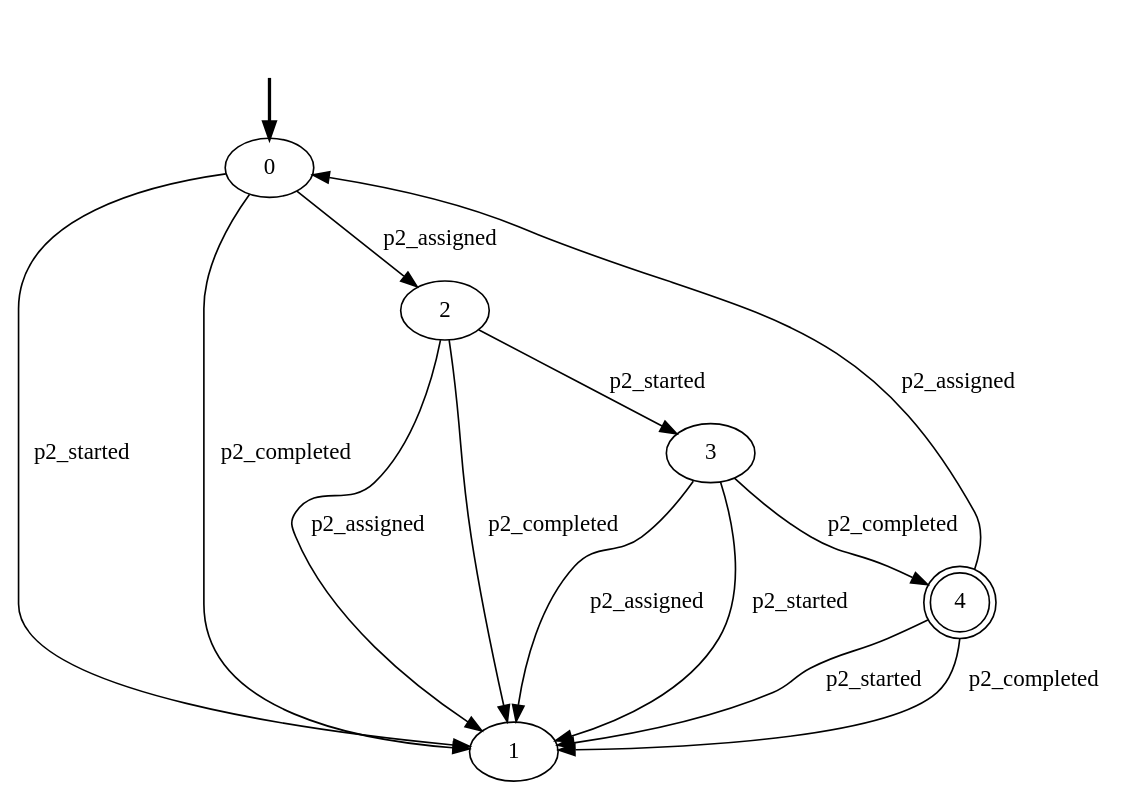
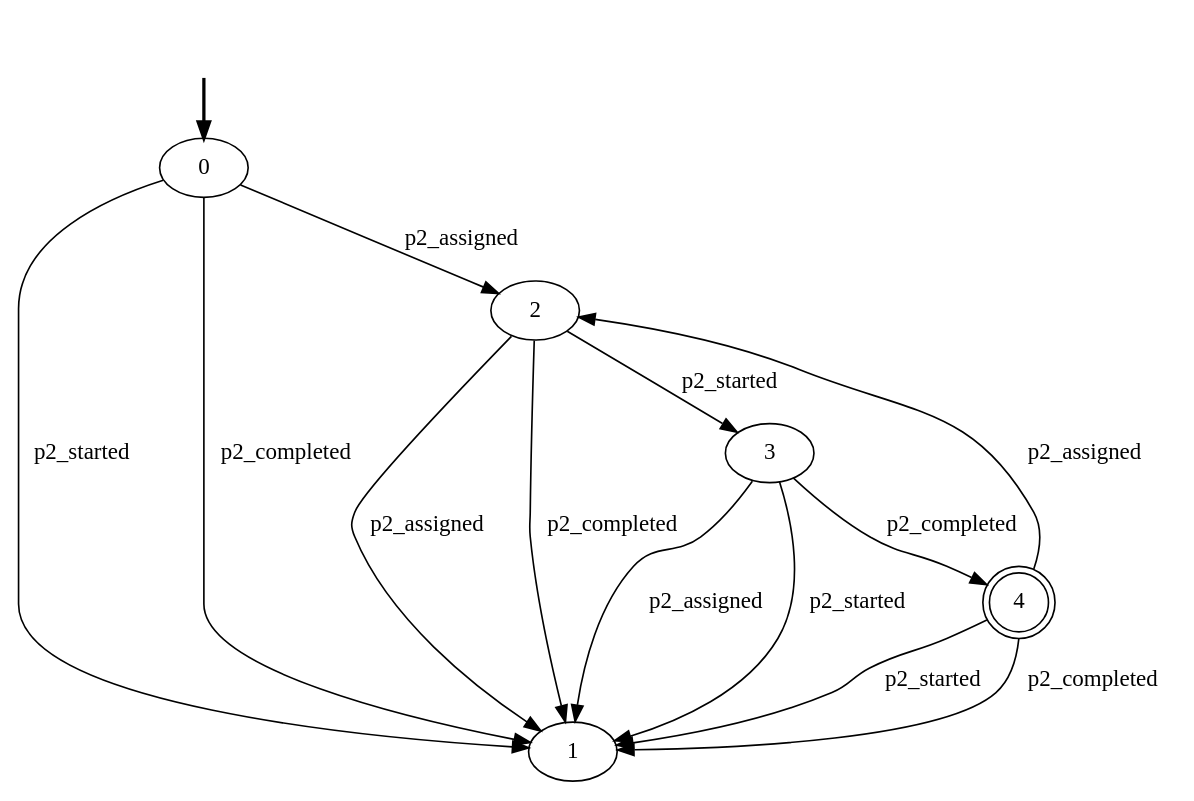
The diagram in Plan-based_Data_Aware_Declarative_Conf_Checker/resources/declarative-models/Data-Aware/5-CONSTRAINTS/p2_lifecycle.dot (GianmarcoBordin/pddlTranslator), drawn with Graphviz before and after one commit. The commit also changed 78 other files, not shown here.

```diff
--- a/Plan-based_Data_Aware_Declarative_Conf_Checker/resources/declarative-models/Data-Aware/5-CONSTRAINTS/p2_lifecycle.dot
+++ b/Plan-based_Data_Aware_Declarative_Conf_Checker/resources/declarative-models/Data-Aware/5-CONSTRAINTS/p2_lifecycle.dot
@@ -1,21 +1,21 @@
 digraph {
 		fake0 [style=invisible]
 		0 [root=true]
+		1
 		2
 		3
 		4 [shape=doublecircle]
-		1
 		fake0 -> 0 [style=bold]
-		0 -> 2 [label=p2_assigned]
+		2 -> 1 [label=p2_assigned]
 		2 -> 3 [label=p2_started]
-		3 -> 4 [label=p2_completed]
-		4 -> 0 [label=p2_assigned]
+		2 -> 1 [label=p2_completed]
 		3 -> 1 [label=p2_assigned]
 		3 -> 1 [label=p2_started]
+		3 -> 4 [label=p2_completed]
+		4 -> 2 [label=p2_assigned]
 		4 -> 1 [label=p2_started]
 		4 -> 1 [label=p2_completed]
-		2 -> 1 [label=p2_assigned]
-		2 -> 1 [label=p2_completed]
+		0 -> 2 [label=p2_assigned]
 		0 -> 1 [label=p2_started]
 		0 -> 1 [label=p2_completed]
 }
```
